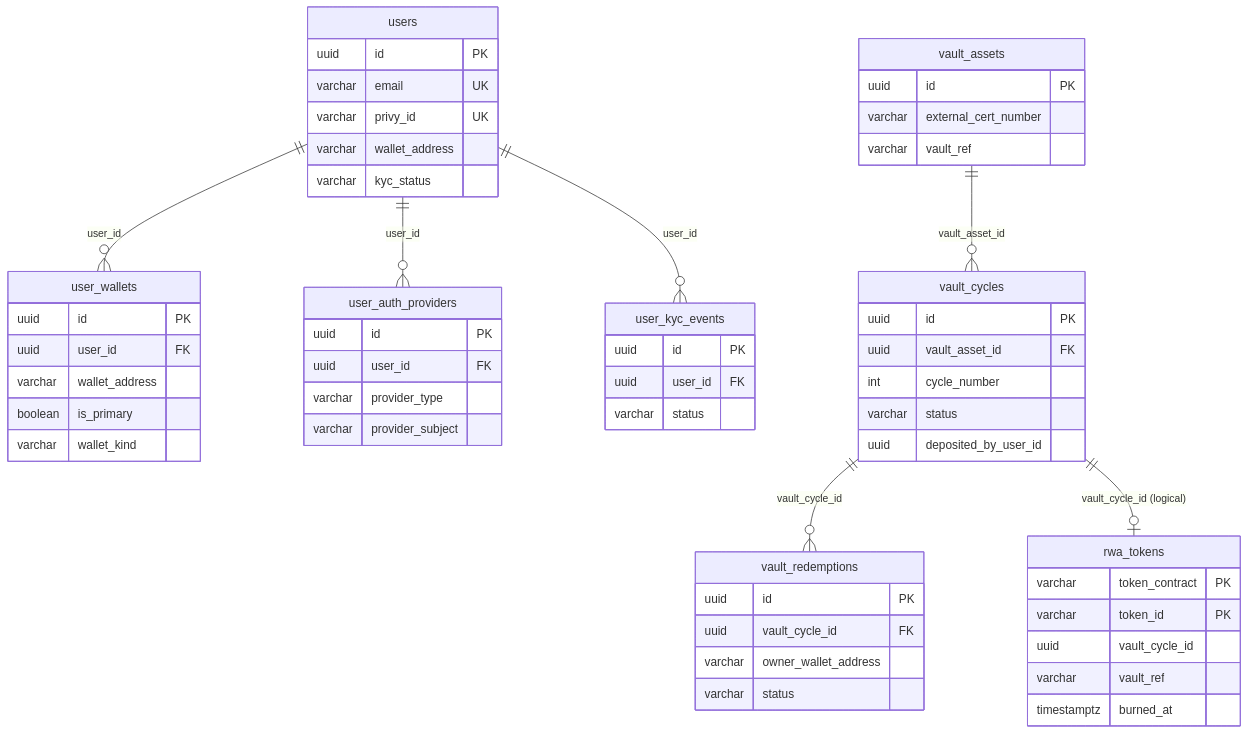
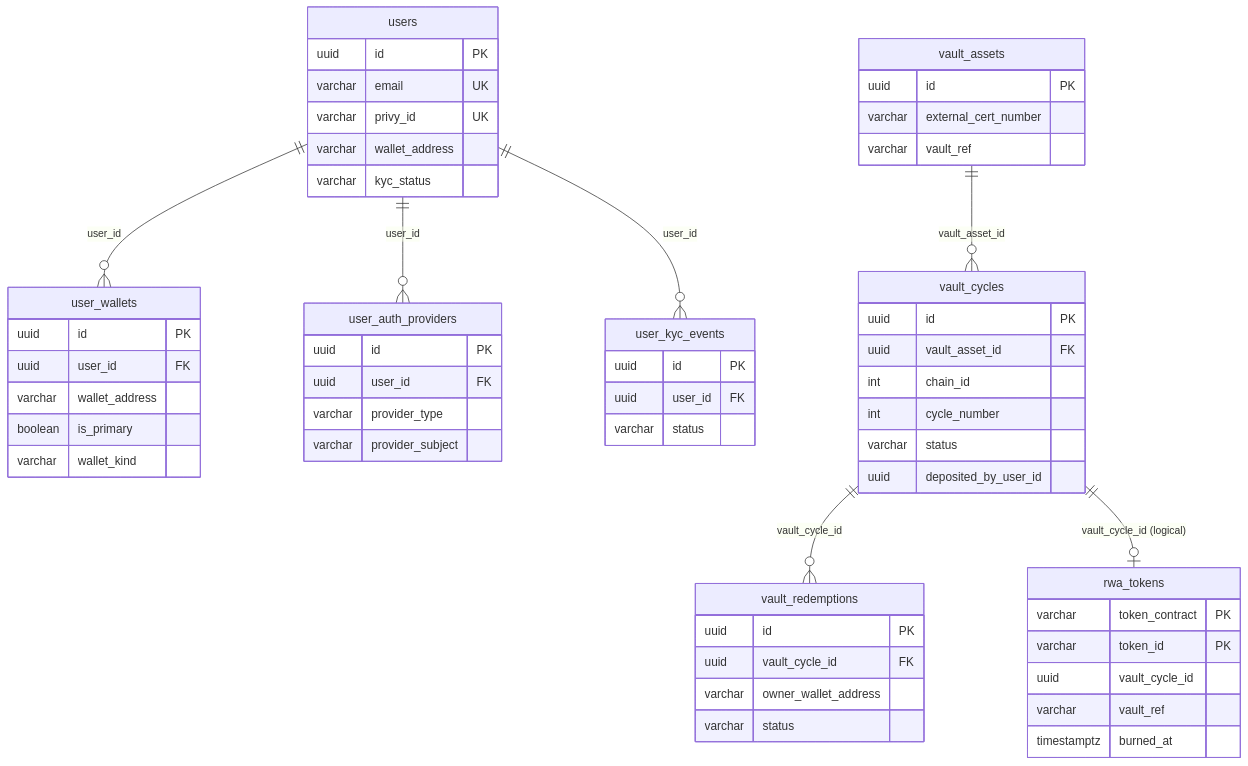
Before and after one commit to tokenable-dev/tokenable-dev: the first of 2 diagrams in docs/architecture/database.md, drawn with Mermaid. The commit also changed other lines of this file and 166 other files, not shown here.

````diff
--- a/docs/architecture/database.md
+++ b/docs/architecture/database.md
@@ -86,60 +86,61 @@
 ```mermaid
 erDiagram
     users {
         uuid id PK
         varchar email UK
         varchar privy_id UK
         varchar wallet_address
         varchar kyc_status
     }
     user_wallets {
         uuid id PK
         uuid user_id FK
         varchar wallet_address
         boolean is_primary
         varchar wallet_kind
     }
     user_auth_providers {
         uuid id PK
         uuid user_id FK
         varchar provider_type
         varchar provider_subject
     }
     user_kyc_events {
         uuid id PK
         uuid user_id FK
         varchar status
     }
     vault_assets {
         uuid id PK
         varchar external_cert_number
         varchar vault_ref
     }
     vault_cycles {
         uuid id PK
         uuid vault_asset_id FK
+        int chain_id
         int cycle_number
         varchar status
         uuid deposited_by_user_id
     }
     vault_redemptions {
         uuid id PK
         uuid vault_cycle_id FK
         varchar owner_wallet_address
         varchar status
     }
     rwa_tokens {
         varchar token_contract PK
         varchar token_id PK
         uuid vault_cycle_id
         varchar vault_ref
         timestamptz burned_at
     }
 
     users ||--o{ user_wallets : "user_id"
     users ||--o{ user_auth_providers : "user_id"
     users ||--o{ user_kyc_events : "user_id"
     vault_assets ||--o{ vault_cycles : "vault_asset_id"
     vault_cycles ||--o{ vault_redemptions : "vault_cycle_id"
     vault_cycles ||--o| rwa_tokens : "vault_cycle_id (logical)"
 ```
````
